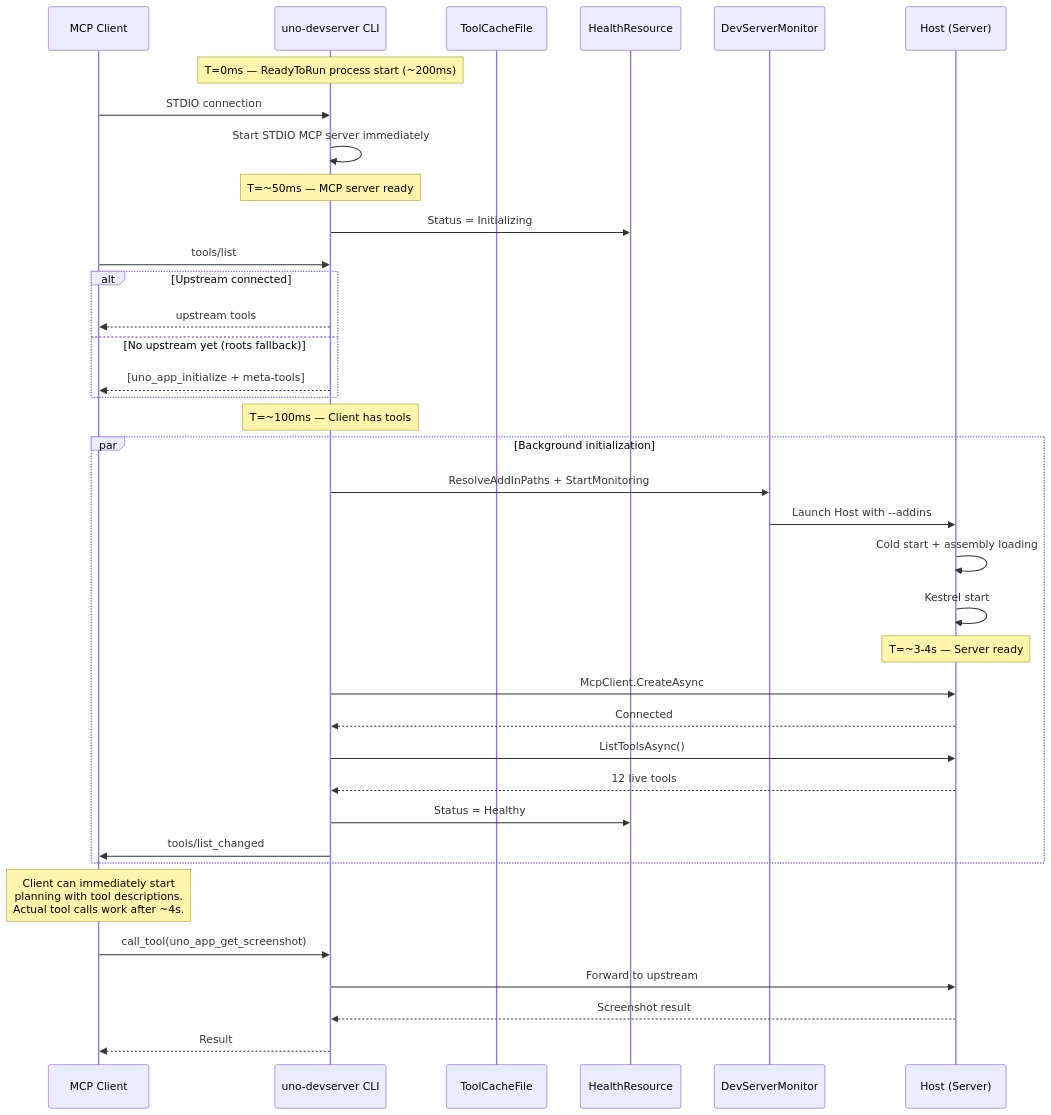
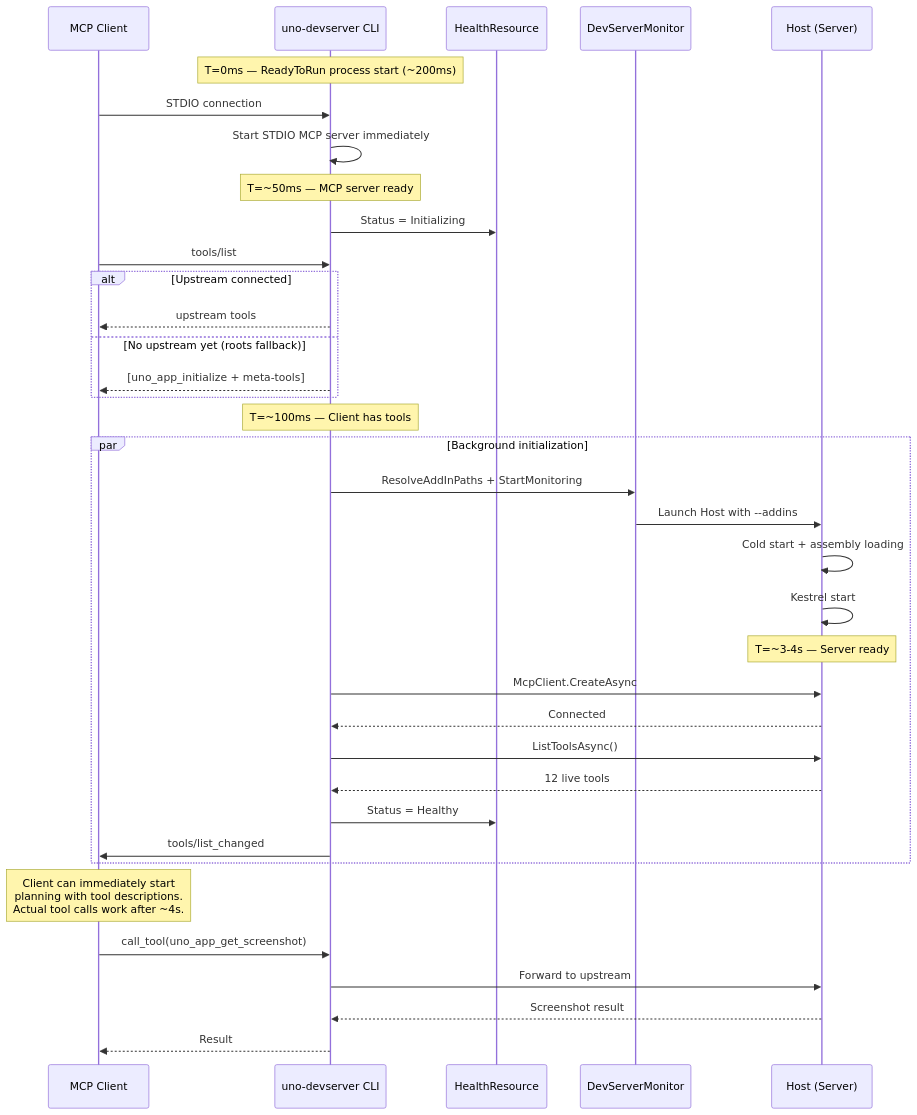
Before and after one commit to unoplatform/uno: the tenth of 12 diagrams in specs/001-fast-devserver-startup/spec-appendix-a-startup-workflow.md, drawn with Mermaid. The commit also changed other lines of this file and 4 other files, not shown here.

First line of the commit message:
docs(devserver): update specs for meta-tools and tool cache removal

````diff
--- a/specs/001-fast-devserver-startup/spec-appendix-a-startup-workflow.md
+++ b/specs/001-fast-devserver-startup/spec-appendix-a-startup-workflow.md
@@ -485,50 +485,49 @@
 ```mermaid
 sequenceDiagram
     participant Client as MCP Client
     participant CLI as uno-devserver CLI
-    participant Cache as ToolCacheFile
     participant Health as HealthResource
     participant Monitor as DevServerMonitor
     participant Server as Host (Server)
 
     Note over CLI: T=0ms — ReadyToRun process start (~200ms)
 
     Client->>CLI: STDIO connection
     CLI->>CLI: Start STDIO MCP server immediately
 
     Note over CLI: T=~50ms — MCP server ready
 
     CLI->>Health: Status = Initializing
     Client->>CLI: tools/list
 
     alt Upstream connected
         CLI-->>Client: upstream tools
     else No upstream yet (roots fallback)
         CLI-->>Client: [uno_app_initialize + meta-tools]
     end
 
     Note over CLI: T=~100ms — Client has tools
 
     par Background initialization
         CLI->>Monitor: ResolveAddInPaths + StartMonitoring
         Monitor->>Server: Launch Host with --addins
         Server->>Server: Cold start + assembly loading
         Server->>Server: Kestrel start
 
         Note over Server: T=~3-4s — Server ready
 
         CLI->>Server: McpClient.CreateAsync
         Server-->>CLI: Connected
         CLI->>Server: ListToolsAsync()
         Server-->>CLI: 12 live tools
         CLI->>Health: Status = Healthy
         CLI->>Client: tools/list_changed
     end
 
     Note over Client: Client can immediately start<br/>planning with tool descriptions.<br/>Actual tool calls work after ~4s.
 
     Client->>CLI: call_tool(uno_app_get_screenshot)
     CLI->>Server: Forward to upstream
     Server-->>CLI: Screenshot result
     CLI-->>Client: Result
 ```
````
